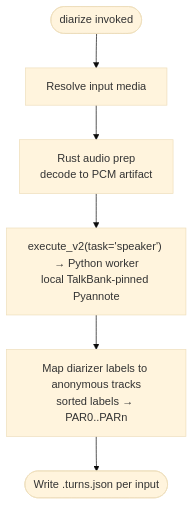
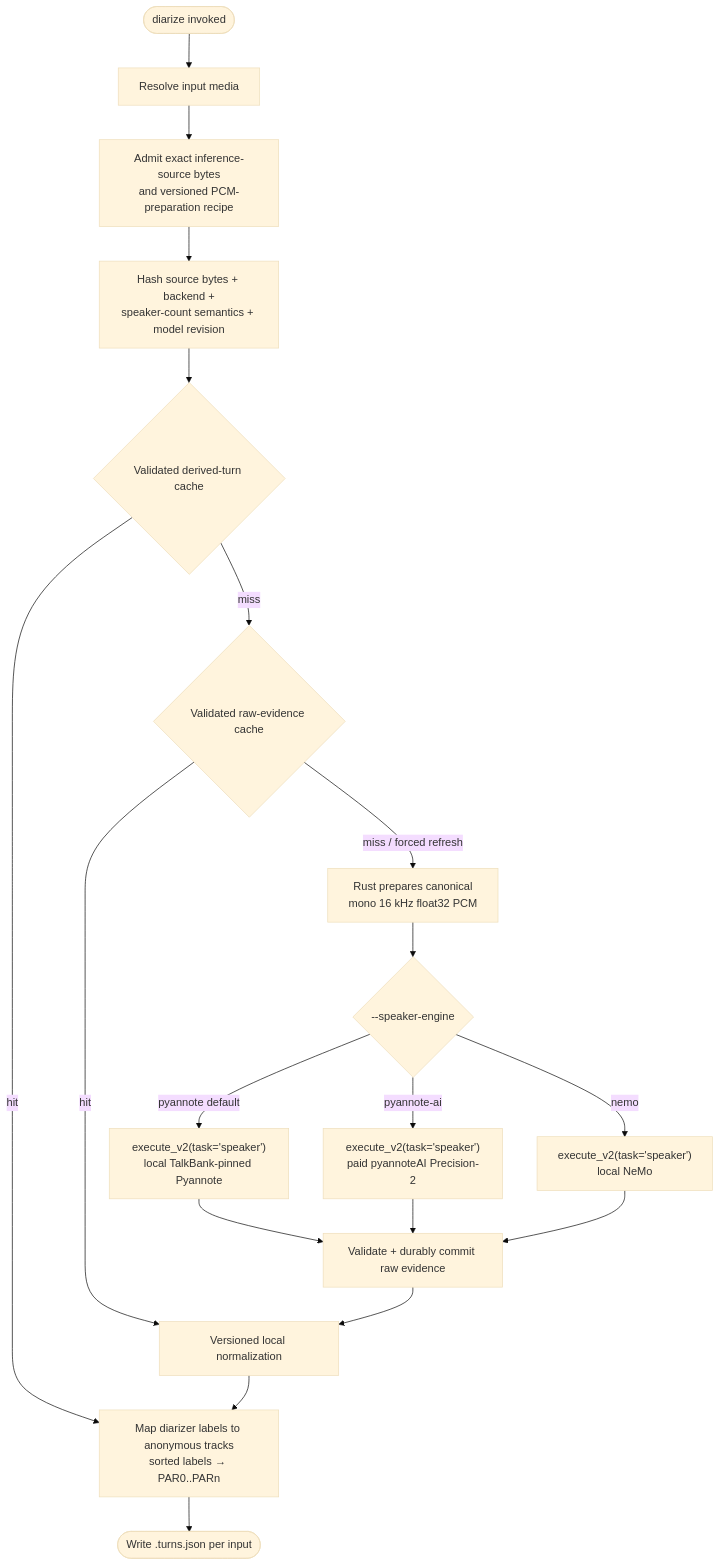
The diagram in book/src/batchalign/user-guide/commands/diarize.md (TalkBank/talkbank-tools), drawn with Mermaid (base theme) before and after one commit. The commit also changed other lines of this file and 49 other files, not shown here.

````diff
--- a/book/src/batchalign/user-guide/commands/diarize.md
+++ b/book/src/batchalign/user-guide/commands/diarize.md
@@ -43,8 +47,21 @@
 ```mermaid
 flowchart TD
     start([diarize invoked]) --> resolve[Resolve input media]
-    resolve --> wav[Rust audio prep\ndecode to PCM artifact]
-    wav --> worker["execute_v2(task='speaker') → Python worker\nlocal TalkBank-pinned Pyannote"]
-    worker --> map[Map diarizer labels to anonymous tracks\nsorted labels → PAR0..PARn]
+    resolve --> source[Admit exact inference-source bytes\nand versioned PCM-preparation recipe]
+    source --> key[Hash source bytes + backend +\nspeaker-count semantics + model revision]
+    key --> derived{Validated derived-turn cache}
+    derived -->|hit| map
+    derived -->|miss| raw{Validated raw-evidence cache}
+    raw -->|hit| normalize[Versioned local normalization]
+    raw -->|miss / forced refresh| pcm[Rust prepares canonical\nmono 16 kHz float32 PCM]
+    pcm --> backend{--speaker-engine}
+    backend -->|pyannote default| local["execute_v2(task='speaker')\nlocal TalkBank-pinned Pyannote"]
+    backend -->|pyannote-ai| cloud["execute_v2(task='speaker')\npaid pyannoteAI Precision-2"]
+    backend -->|nemo| nemo["execute_v2(task='speaker')\nlocal NeMo"]
+    local --> commit[Validate + durably commit raw evidence]
+    cloud --> commit
+    nemo --> commit
+    commit --> normalize
+    normalize --> map[Map diarizer labels to anonymous tracks\nsorted labels → PAR0..PARn]
     map --> output([Write .turns.json per input])
 ```
````
